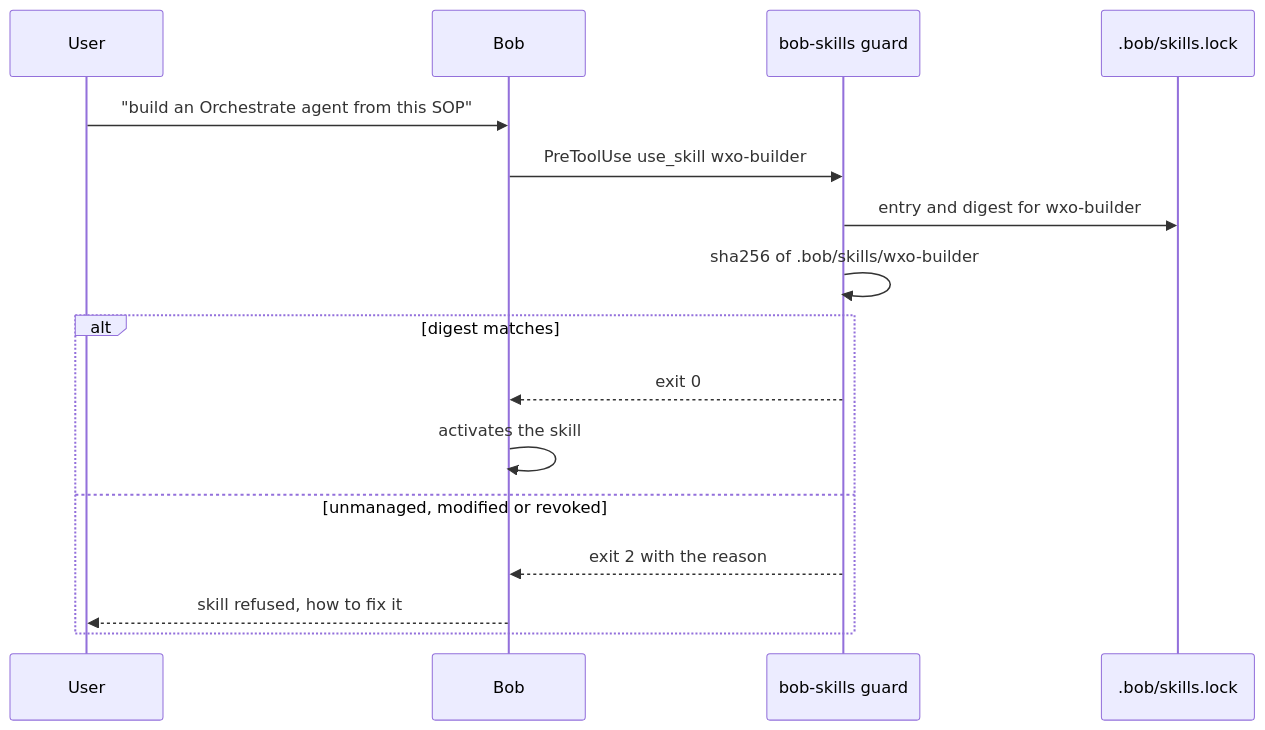
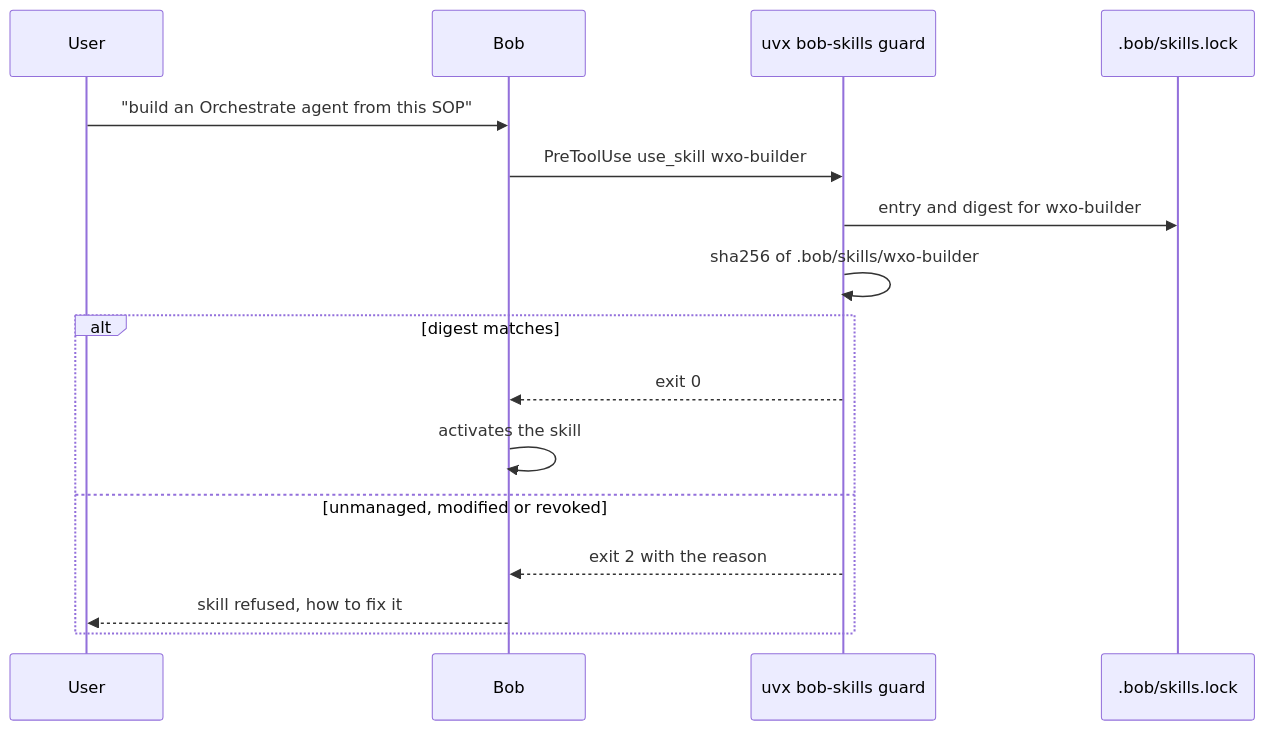
One commit to AlexandraIourenkova/bob-skills-marketplace changed the fourth of 4 diagrams in README.md. Above: the diagram before and after it, drawn with Mermaid. The commit also changed other lines of this file and 548 other files, not shown here.

````diff
--- a/README.md
+++ b/README.md
@@ -114,18 +122,18 @@
 ```mermaid
 sequenceDiagram
     participant U as User
     participant B as Bob
-    participant G as bob-skills guard
+    participant G as uvx bob-skills guard
     participant L as .bob/skills.lock
     U->>B: "build an Orchestrate agent from this SOP"
     B->>G: PreToolUse use_skill wxo-builder
     G->>L: entry and digest for wxo-builder
     G->>G: sha256 of .bob/skills/wxo-builder
     alt digest matches
         G-->>B: exit 0
         B->>B: activates the skill
     else unmanaged, modified or revoked
         G-->>B: exit 2 with the reason
         B-->>U: skill refused, how to fix it
     end
 ```
````
